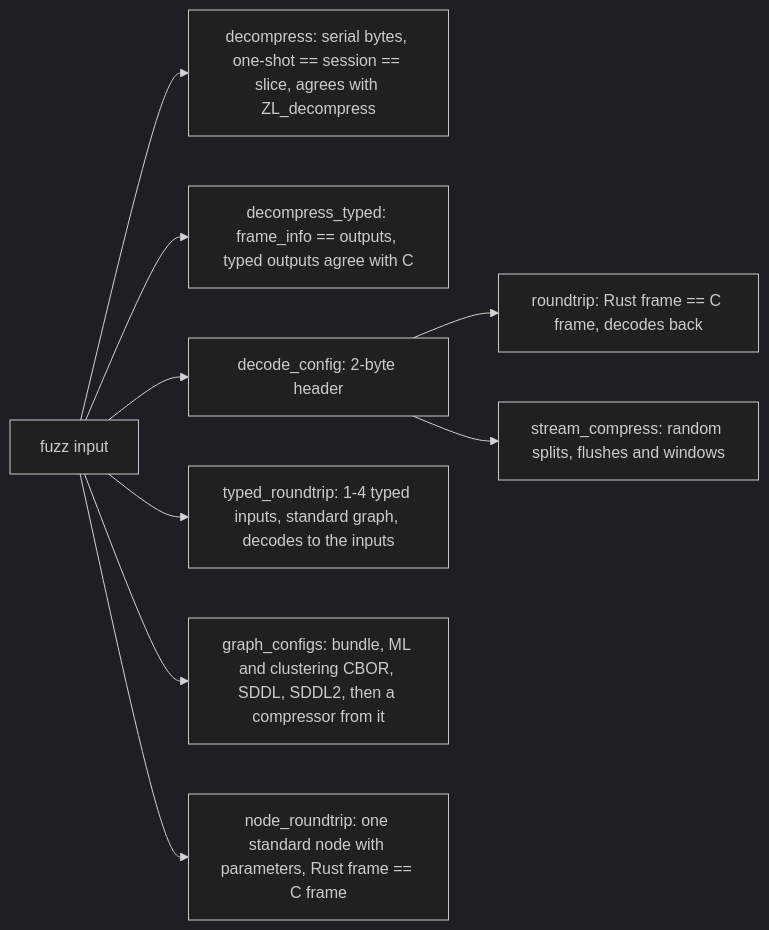
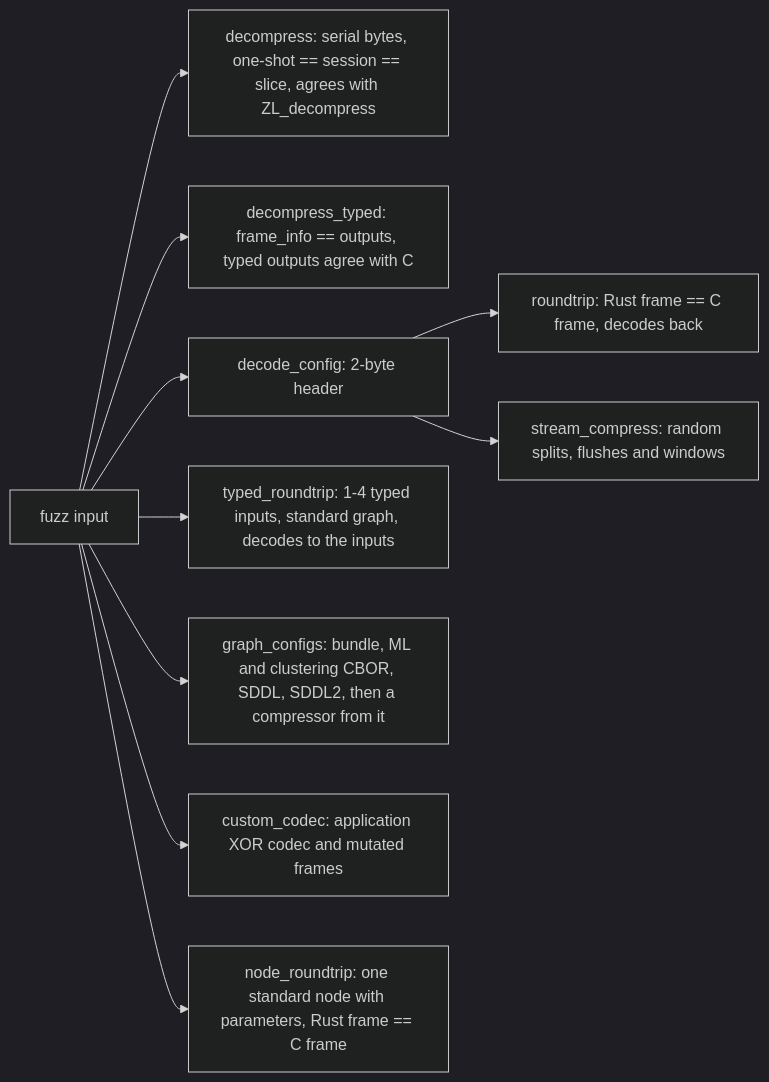
The first of 3 diagrams in architecture/fuzzing.md (M-Compressors/mopenzl), drawn with Mermaid (dark theme) before and after one commit. The commit also changed other lines of this file and 56 other files, not shown here.

````diff
--- a/architecture/fuzzing.md
+++ b/architecture/fuzzing.md
@@ -10,11 +10,12 @@
 ```mermaid
 flowchart LR
     I[fuzz input] --> DC[decompress: serial bytes, one-shot == session == slice, agrees with ZL_decompress]
     I --> DT[decompress_typed: frame_info == outputs, typed outputs agree with C]
     I --> H[decode_config: 2-byte header]
     H --> RT[roundtrip: Rust frame == C frame, decodes back]
     H --> SC[stream_compress: random splits, flushes and windows]
     I --> TR[typed_roundtrip: 1-4 typed inputs, standard graph, decodes to the inputs]
     I --> GC[graph_configs: bundle, ML and clustering CBOR, SDDL, SDDL2, then a compressor from it]
+    I --> CC[custom_codec: application XOR codec and mutated frames]
     I --> NR[node_roundtrip: one standard node with parameters, Rust frame == C frame]
 ```
````
